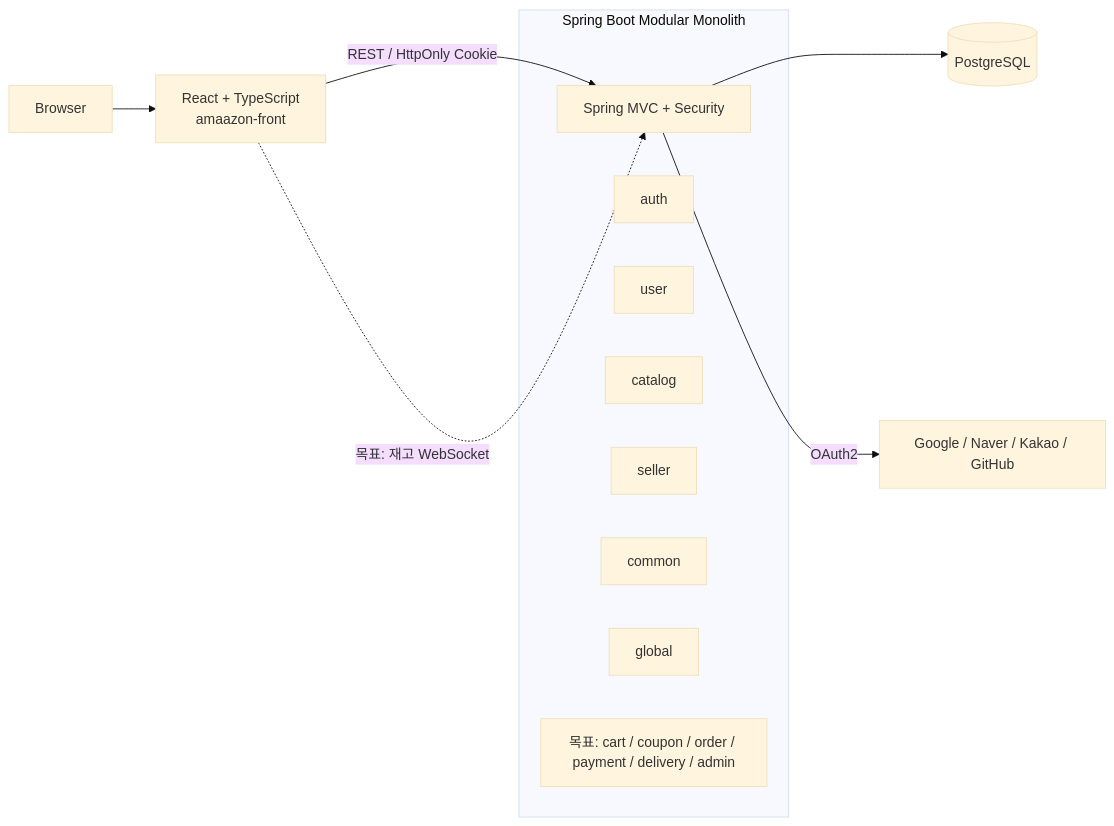
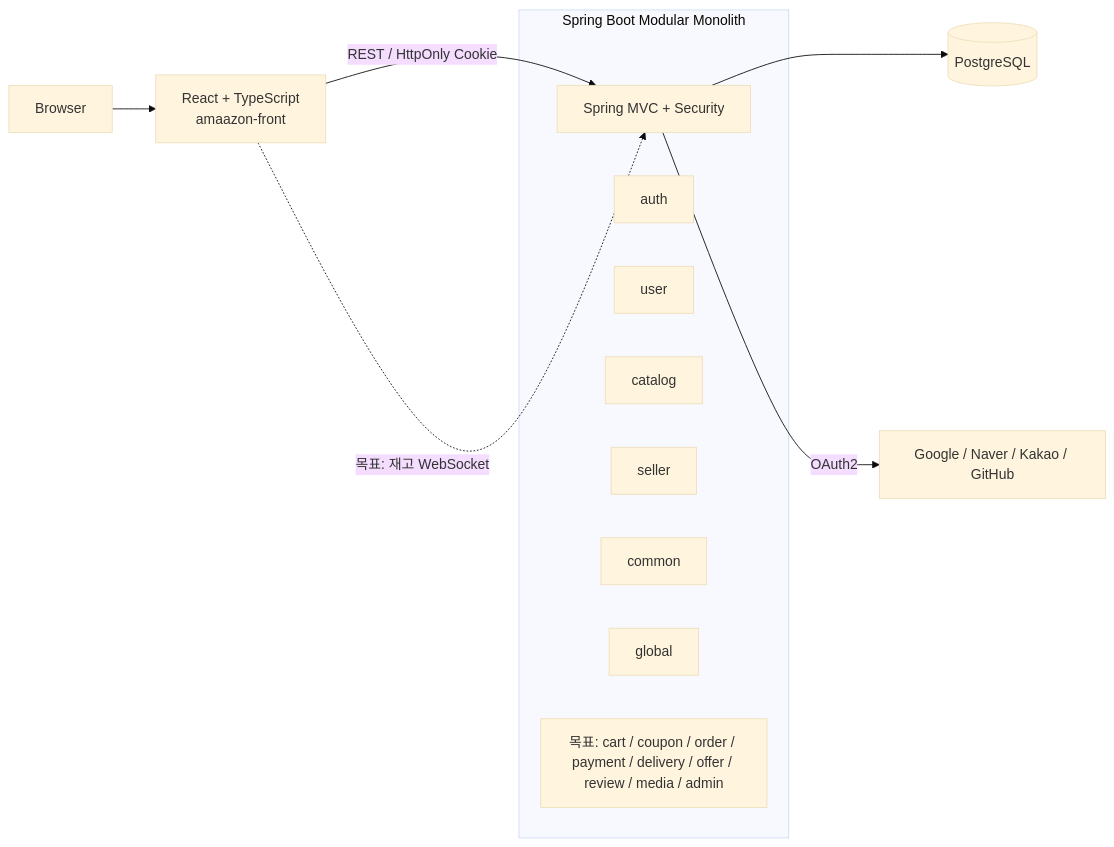
Before and after one commit to metDaisy/e-commerce-clone-coding: the first of 2 diagrams in docs/architecture.md, drawn with Mermaid (base theme). The commit also changed other lines of this file and 4 other files, not shown here.

````diff
--- a/docs/architecture.md
+++ b/docs/architecture.md
@@ -13,19 +13,19 @@
 ```mermaid
 flowchart LR
     Browser[Browser] --> Front[React + TypeScript\namaazon-front]
     Front -->|REST / HttpOnly Cookie| Web[Spring MVC + Security]
     Front -.->|목표: 재고 WebSocket| Web
     Web --> DB[(PostgreSQL)]
     Web -->|OAuth2| Providers[Google / Naver / Kakao / GitHub]
 
     subgraph Backend[Spring Boot Modular Monolith]
         Web
         Auth[auth]
         User[user]
         Catalog[catalog]
         Seller[seller]
         Common[common]
         Global[global]
-        Future[목표: cart / coupon / order / payment / delivery / admin]
+        Future[목표: cart / coupon / order / payment / delivery / offer / review / media / admin]
     end
 ```
````
